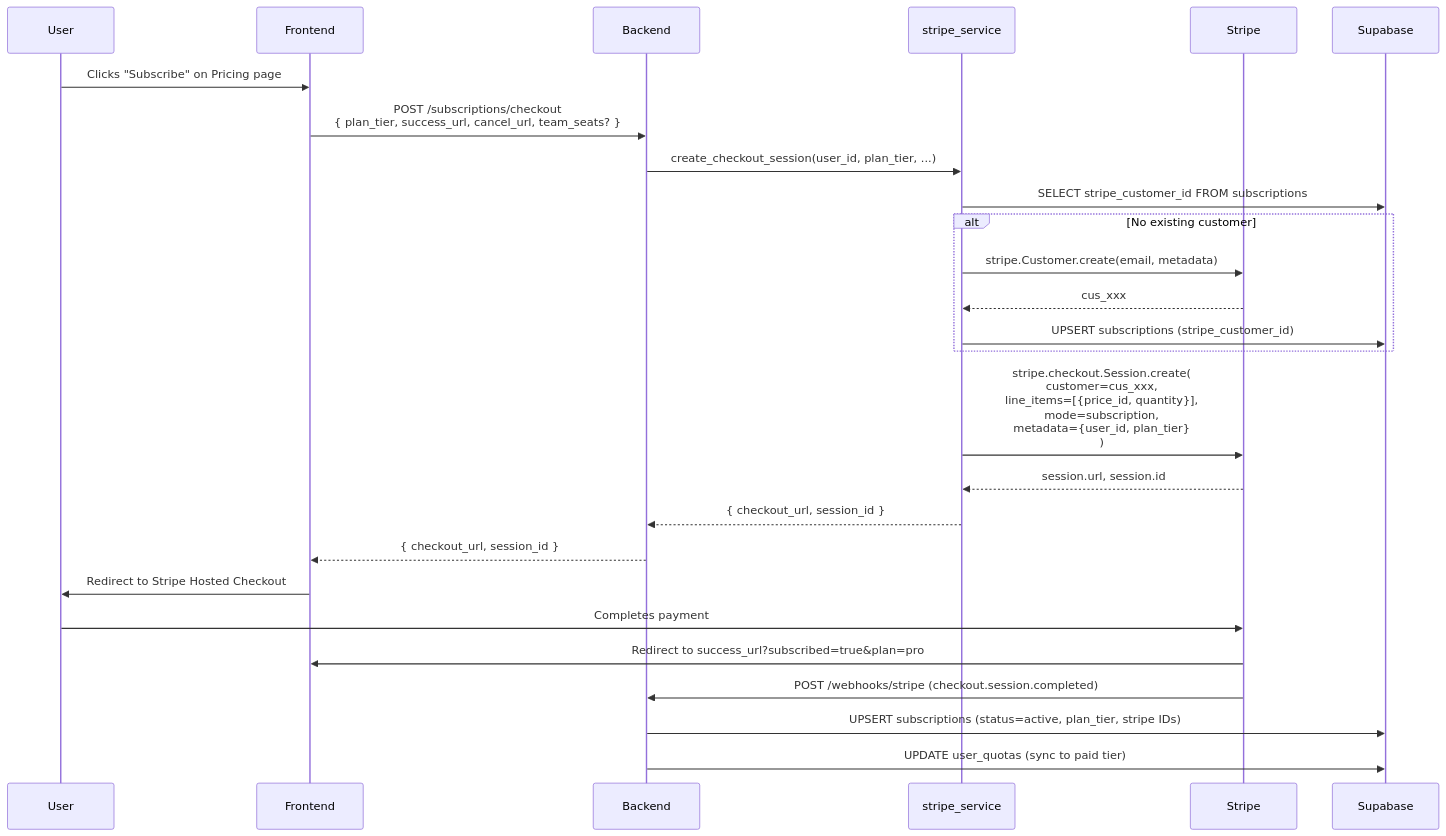
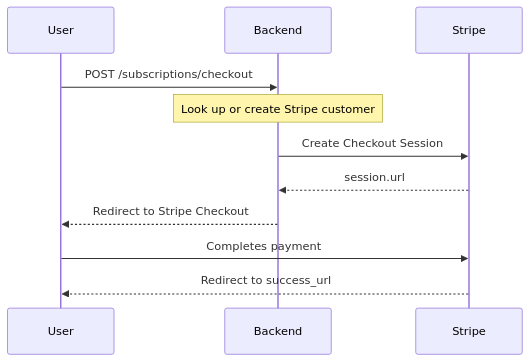
The first of 4 diagrams in docs/billing-lifecycle.md (praneel-thoom/noesis-billing-architecture), drawn with Mermaid before and after one commit. The commit also changed other lines of this file and 1 other file, not shown here.

Commit message:
Simplify Mermaid diagrams: smaller focused charts, remove clutter

````diff
--- a/docs/billing-lifecycle.md
+++ b/docs/billing-lifecycle.md
@@ -7,32 +7,14 @@
 ```mermaid
 sequenceDiagram
     participant U as User
-    participant FE as Frontend
     participant BE as Backend
-    participant SS as stripe_service
     participant S as Stripe
-    participant DB as Supabase
 
-    U->>FE: Clicks "Subscribe" on Pricing page
-    FE->>BE: POST /subscriptions/checkout<br/>{ plan_tier, success_url, cancel_url, team_seats? }
-    BE->>SS: create_checkout_session(user_id, plan_tier, ...)
-
-    SS->>DB: SELECT stripe_customer_id FROM subscriptions
-    alt No existing customer
-        SS->>S: stripe.Customer.create(email, metadata)
-        S-->>SS: cus_xxx
-        SS->>DB: UPSERT subscriptions (stripe_customer_id)
-    end
-
-    SS->>S: stripe.checkout.Session.create(<br/>  customer=cus_xxx,<br/>  line_items=[{price_id, quantity}],<br/>  mode=subscription,<br/>  metadata={user_id, plan_tier}<br/>)
-    S-->>SS: session.url, session.id
-    SS-->>BE: { checkout_url, session_id }
-    BE-->>FE: { checkout_url, session_id }
-    FE->>U: Redirect to Stripe Hosted Checkout
-
+    U->>BE: POST /subscriptions/checkout
+    Note over BE: Look up or create Stripe customer
+    BE->>S: Create Checkout Session
+    S-->>BE: session.url
+    BE-->>U: Redirect to Stripe Checkout
     U->>S: Completes payment
-    S->>FE: Redirect to success_url?subscribed=true&plan=pro
-    S->>BE: POST /webhooks/stripe (checkout.session.completed)
-    BE->>DB: UPSERT subscriptions (status=active, plan_tier, stripe IDs)
-    BE->>DB: UPDATE user_quotas (sync to paid tier)
+    S-->>U: Redirect to success_url
 ```
````
